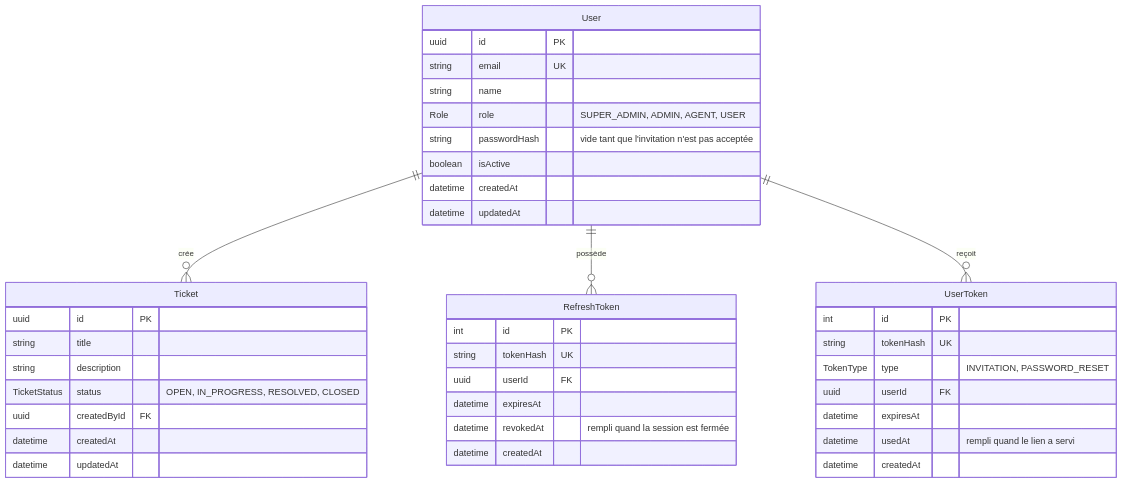
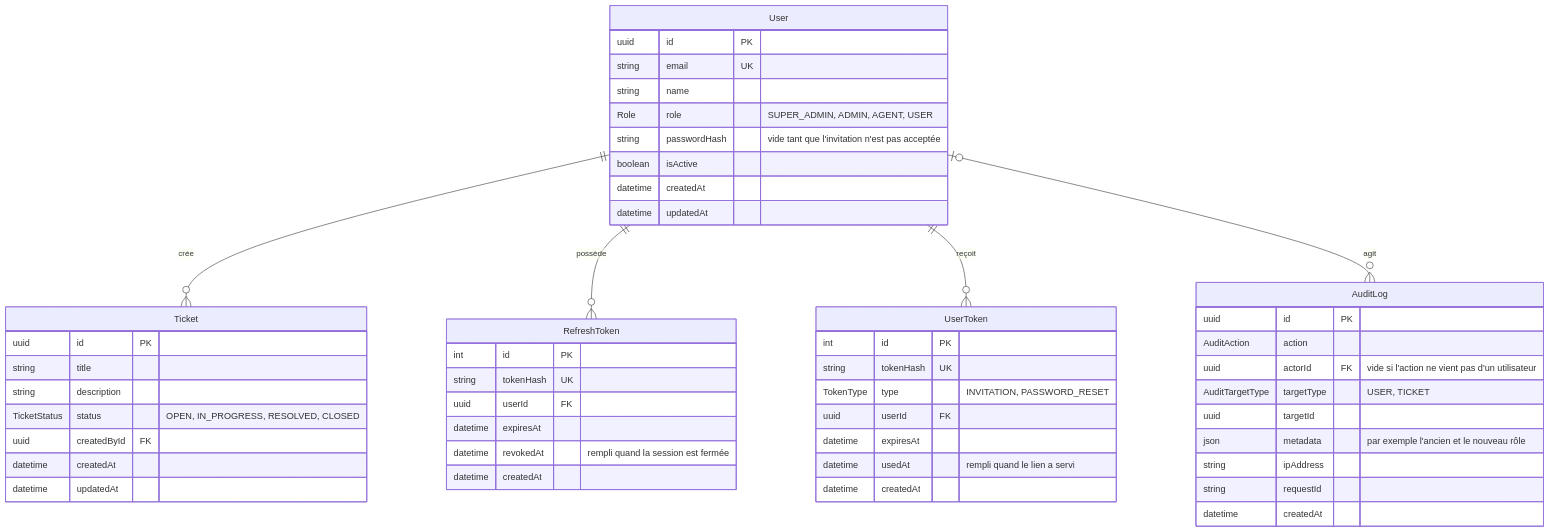
The diagram in README.md (abidinetou-lgtm/API-REST-Node), drawn with Mermaid before and after one commit. The commit also changed other lines of this file and 20 other files, not shown here.

````diff
--- a/README.md
+++ b/README.md
@@ -302,46 +328,59 @@
 ```mermaid
 erDiagram
   User ||--o{ Ticket : "crée"
   User ||--o{ RefreshToken : "possède"
   User ||--o{ UserToken : "reçoit"
+  User |o--o{ AuditLog : "agit"
 
   User {
     uuid id PK
     string email UK
     string name
     Role role "SUPER_ADMIN, ADMIN, AGENT, USER"
     string passwordHash "vide tant que l'invitation n'est pas acceptée"
     boolean isActive
     datetime createdAt
     datetime updatedAt
   }
 
   Ticket {
     uuid id PK
     string title
     string description
     TicketStatus status "OPEN, IN_PROGRESS, RESOLVED, CLOSED"
     uuid createdById FK
     datetime createdAt
     datetime updatedAt
   }
 
   RefreshToken {
     int id PK
     string tokenHash UK
     uuid userId FK
     datetime expiresAt
     datetime revokedAt "rempli quand la session est fermée"
     datetime createdAt
   }
 
   UserToken {
     int id PK
     string tokenHash UK
     TokenType type "INVITATION, PASSWORD_RESET"
     uuid userId FK
     datetime expiresAt
     datetime usedAt "rempli quand le lien a servi"
     datetime createdAt
   }
+
+  AuditLog {
+    uuid id PK
+    AuditAction action
+    uuid actorId FK "vide si l'action ne vient pas d'un utilisateur"
+    AuditTargetType targetType "USER, TICKET"
+    uuid targetId
+    json metadata "par exemple l'ancien et le nouveau rôle"
+    string ipAddress
+    string requestId
+    datetime createdAt
+  }
 ```
````
